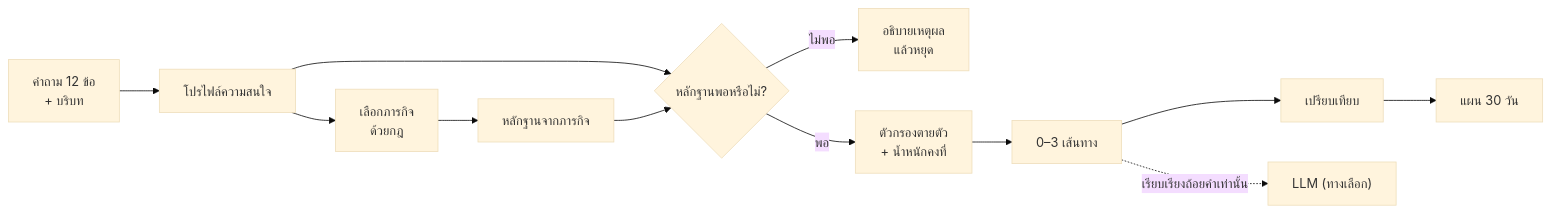
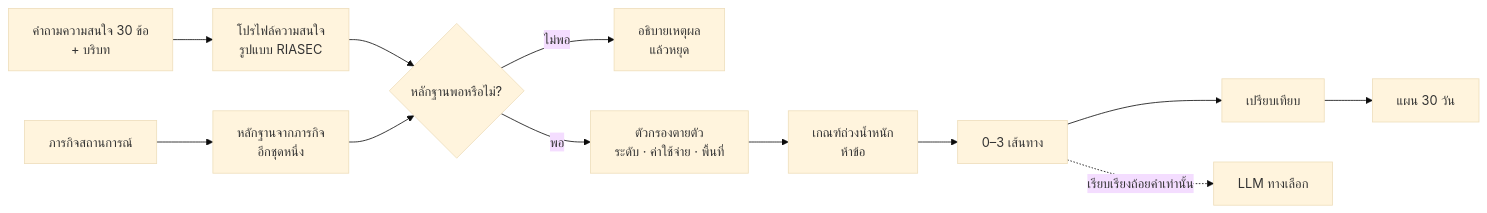
The diagram in READMETH.md (winxtxrgit/futureme-ai), drawn with Mermaid (base theme) before and after one commit. The commit also changed other lines of this file and 89 other files, not shown here.

````diff
--- a/READMETH.md
+++ b/READMETH.md
@@ -133,14 +169,14 @@
 ```mermaid
 flowchart LR
-    A["คำถาม 12 ข้อ<br/>+ บริบท"] --> B["โปรไฟล์ความสนใจ"]
-    B --> C["เลือกภารกิจ<br/>ด้วยกฎ"]
-    C --> D["หลักฐานจากภารกิจ"]
+    A["คำถามความสนใจ 30 ข้อ<br/>+ บริบท"] --> B["โปรไฟล์ความสนใจ<br/>รูปแบบ RIASEC"]
+    C["ภารกิจสถานการณ์"] --> D["หลักฐานจากภารกิจ<br/>อีกชุดหนึ่ง"]
     B --> E{"หลักฐานพอหรือไม่?"}
     D --> E
     E -->|"ไม่พอ"| F["อธิบายเหตุผล<br/>แล้วหยุด"]
-    E -->|"พอ"| G["ตัวกรองตายตัว<br/>+ น้ำหนักคงที่"]
-    G --> H["0–3 เส้นทาง"]
-    H --> I["เปรียบเทียบ"]
-    I --> J["แผน 30 วัน"]
-    H -.->|"เรียบเรียงถ้อยคำเท่านั้น"| K["LLM (ทางเลือก)"]
+    E -->|"พอ"| G["ตัวกรองตายตัว<br/>ระดับ · ค่าใช้จ่าย · พื้นที่"]
+    G --> H["เกณฑ์ถ่วงน้ำหนัก<br/>ห้าข้อ"]
+    H --> I["0–3 เส้นทาง"]
+    I --> J["เปรียบเทียบ"]
+    J --> K["แผน 30 วัน"]
+    I -.->|"เรียบเรียงถ้อยคำเท่านั้น"| L["LLM ทางเลือก"]
 ```
````
